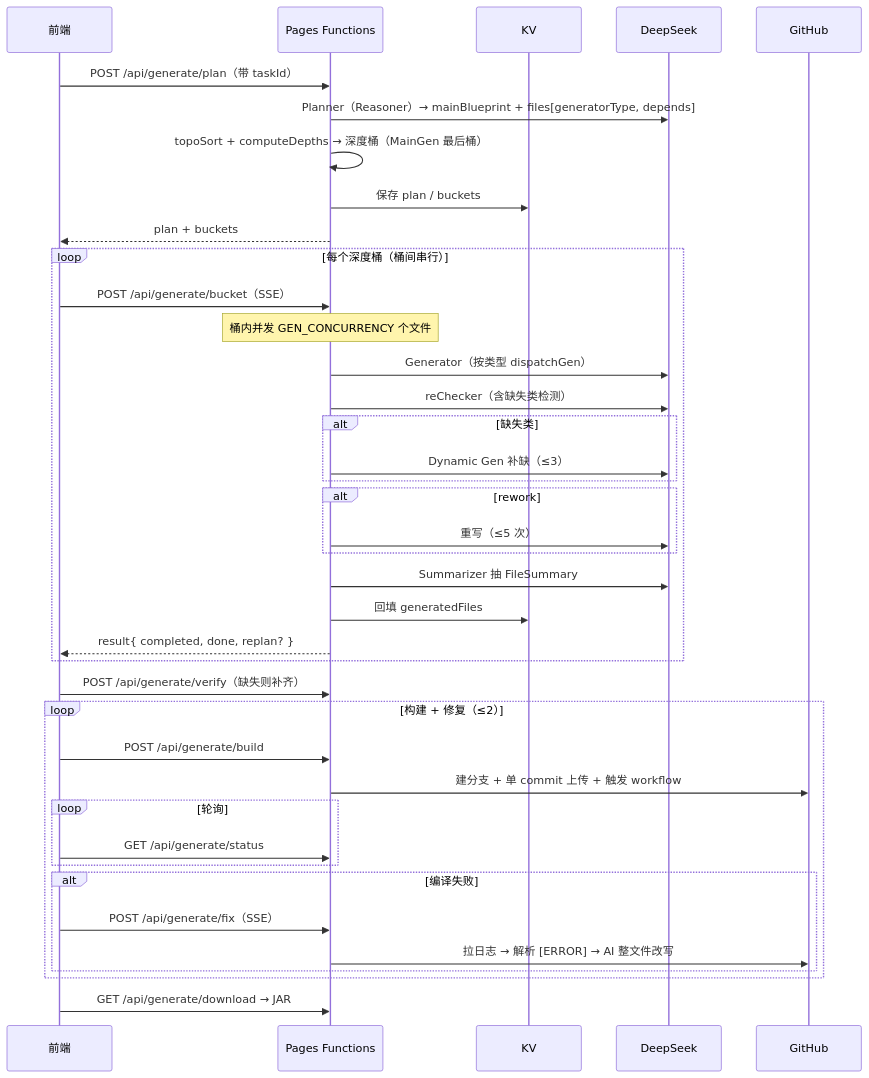
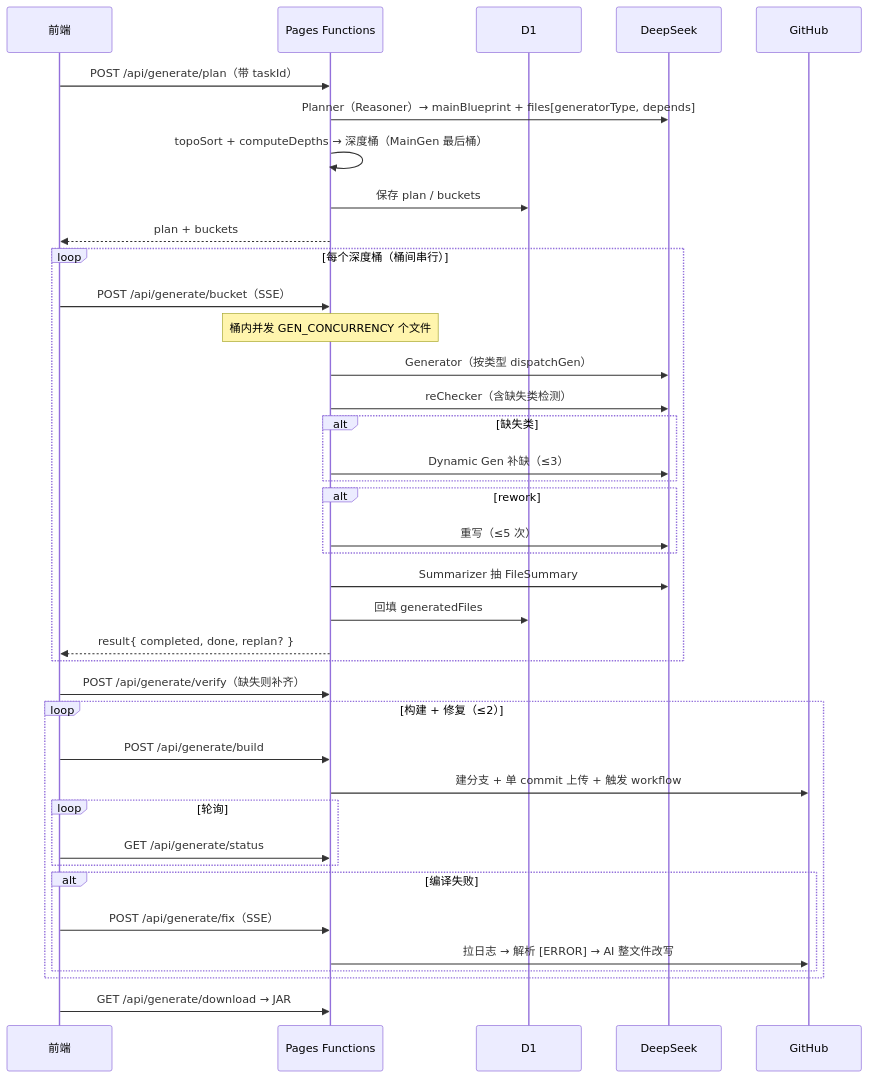
One commit to superwfox/minecraft-dev changed the third of 3 diagrams in docs/technical/architecture.md. Above: the diagram before and after it, drawn with Mermaid. The commit also changed other lines of this file and 18 other files, not shown here.

````diff
--- a/docs/technical/architecture.md
+++ b/docs/technical/architecture.md
@@ -134,44 +136,44 @@
 ```mermaid
 sequenceDiagram
     participant F as 前端
     participant API as Pages Functions
-    participant KV as KV
+    participant D1 as D1
     participant AI as DeepSeek
     participant GH as GitHub
 
     F->>API: POST /api/generate/plan（带 taskId）
     API->>AI: Planner（Reasoner）→ mainBlueprint + files[generatorType, depends]
     API->>API: topoSort + computeDepths → 深度桶（MainGen 最后桶）
-    API->>KV: 保存 plan / buckets
+    API->>D1: 保存 plan / buckets
     API-->>F: plan + buckets
 
     loop 每个深度桶（桶间串行）
         F->>API: POST /api/generate/bucket（SSE）
         Note over API: 桶内并发 GEN_CONCURRENCY 个文件
         API->>AI: Generator（按类型 dispatchGen）
         API->>AI: reChecker（含缺失类检测）
         alt 缺失类
             API->>AI: Dynamic Gen 补缺（≤3）
         end
         alt rework
             API->>AI: 重写（≤5 次）
         end
         API->>AI: Summarizer 抽 FileSummary
-        API->>KV: 回填 generatedFiles
+        API->>D1: 回填 generatedFiles
         API-->>F: result{ completed, done, replan? }
     end
 
     F->>API: POST /api/generate/verify（缺失则补齐）
     loop 构建 + 修复（≤2）
         F->>API: POST /api/generate/build
         API->>GH: 建分支 + 单 commit 上传 + 触发 workflow
         loop 轮询
             F->>API: GET /api/generate/status
         end
         alt 编译失败
             F->>API: POST /api/generate/fix（SSE）
             API->>GH: 拉日志 → 解析 [ERROR] → AI 整文件改写
         end
     end
     F->>API: GET /api/generate/download → JAR
 ```
````
